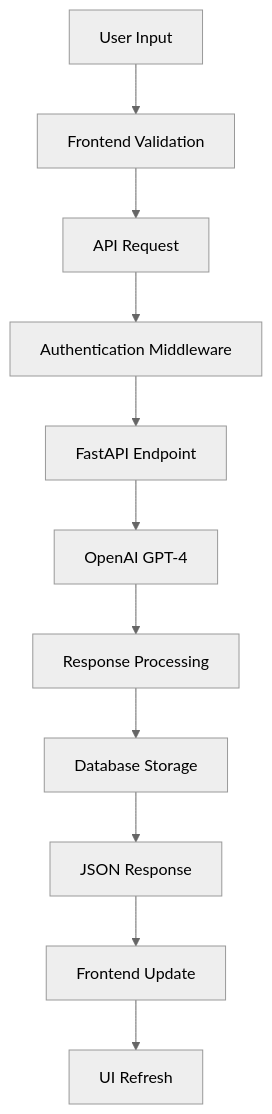
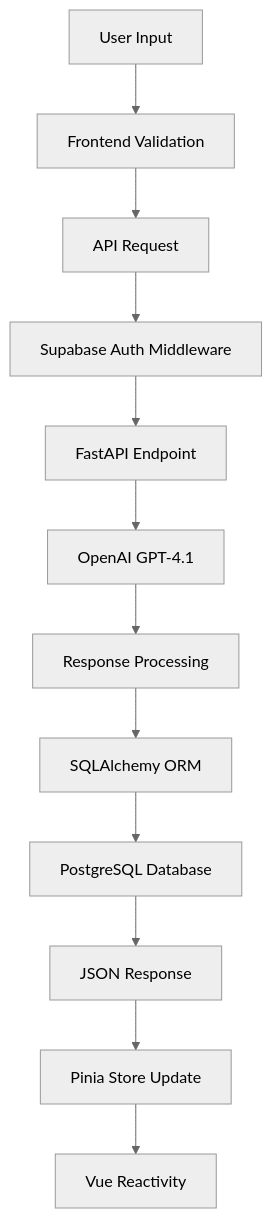
The diagram in README.md (linares222/IsThisNormal), drawn with Mermaid (neutral theme) before and after one commit. The commit also changed other lines of this file, not shown here.

````diff
--- a/README.md
+++ b/README.md
@@ -115,13 +116,14 @@
 ```mermaid
 graph TD
     A[User Input] --> B[Frontend Validation]
     B --> C[API Request]
-    C --> D[Authentication Middleware]
+    C --> D[Supabase Auth Middleware]
     D --> E[FastAPI Endpoint]
-    E --> F[OpenAI GPT-4]
+    E --> F[OpenAI GPT-4.1]
     F --> G[Response Processing]
-    G --> H[Database Storage]
-    H --> I[JSON Response]
-    I --> J[Frontend Update]
-    J --> K[UI Refresh]
+    G --> H[SQLAlchemy ORM]
+    H --> I[PostgreSQL Database]
+    I --> J[JSON Response]
+    J --> K[Pinia Store Update]
+    K --> L[Vue Reactivity]
 ```
````
